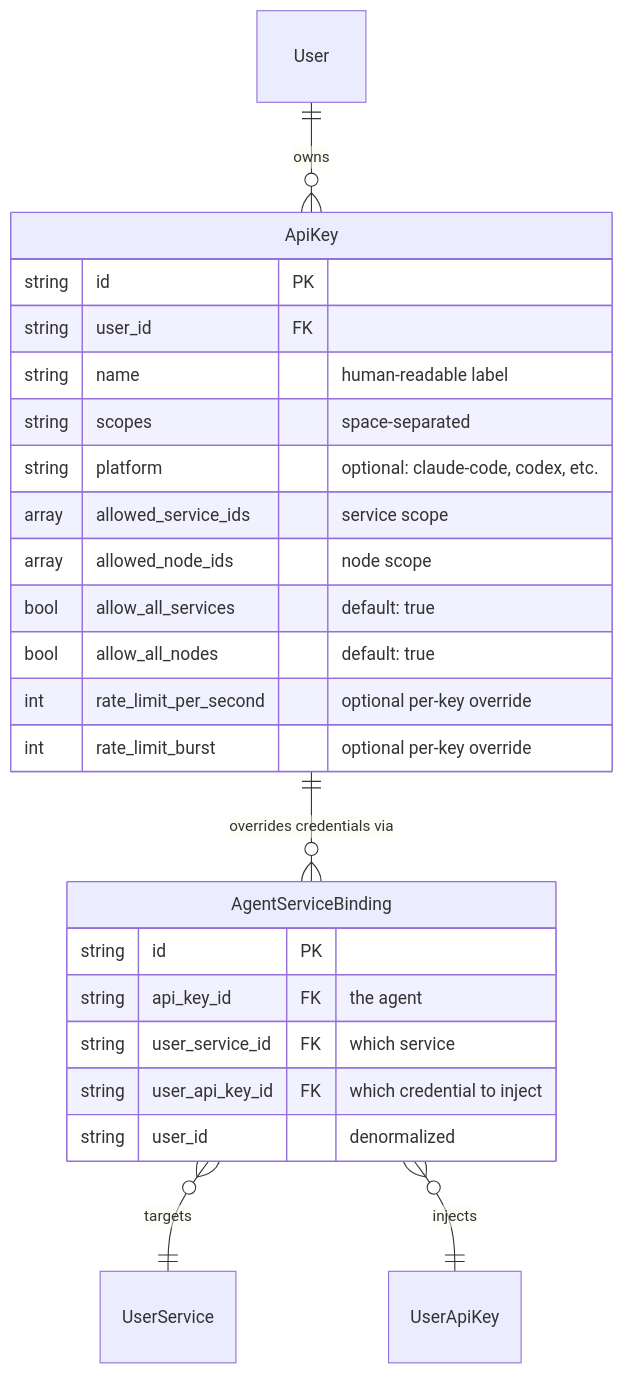
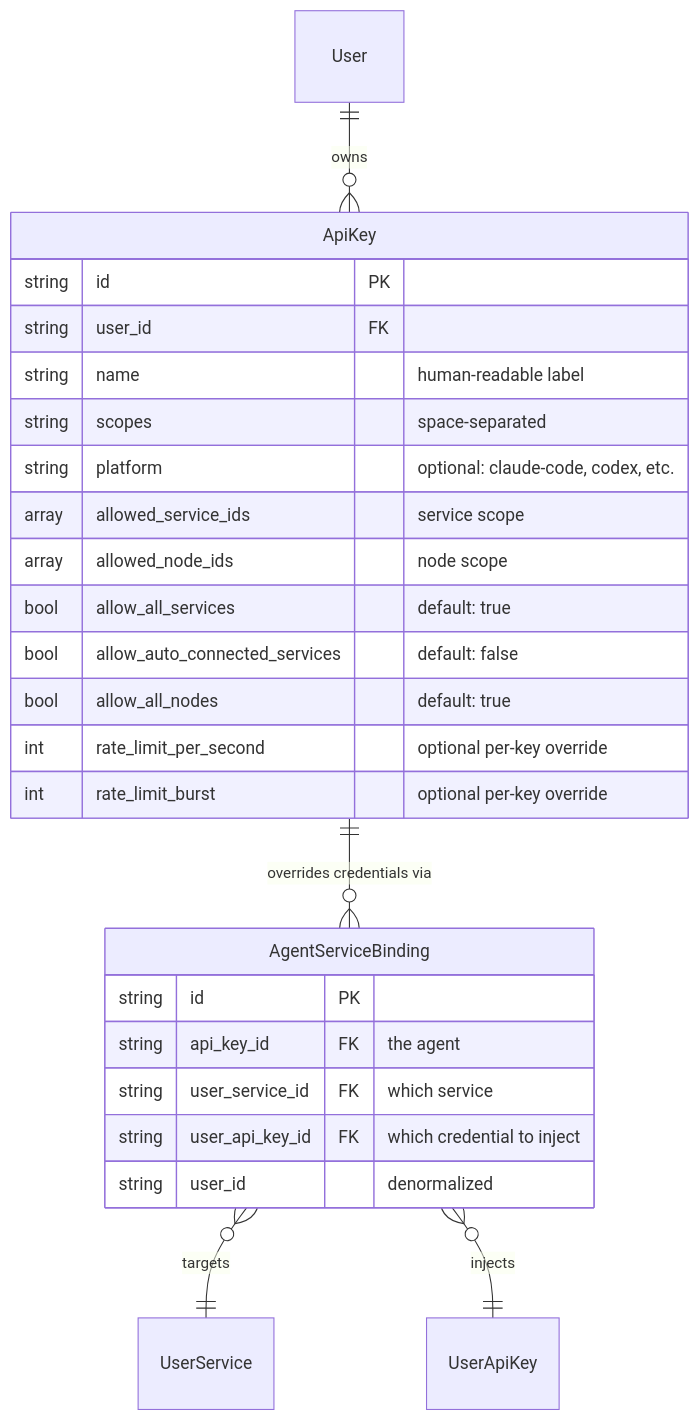
One commit to ChronoAIProject/NyxID changed the fourth of 7 diagrams in docs/AGENT_ISOLATION.md. Above: the diagram before and after it, drawn with Mermaid. The commit also changed other lines of this file and 104 other files, not shown here.

````diff
--- a/docs/AGENT_ISOLATION.md
+++ b/docs/AGENT_ISOLATION.md
@@ -109,29 +148,30 @@
 ```mermaid
 erDiagram
     User ||--o{ ApiKey : owns
     ApiKey ||--o{ AgentServiceBinding : "overrides credentials via"
     AgentServiceBinding }o--|| UserService : "targets"
     AgentServiceBinding }o--|| UserApiKey : "injects"
 
     ApiKey {
         string id PK
         string user_id FK
         string name "human-readable label"
         string scopes "space-separated"
         string platform "optional: claude-code, codex, etc."
         array allowed_service_ids "service scope"
         array allowed_node_ids "node scope"
         bool allow_all_services "default: true"
+        bool allow_auto_connected_services "default: false"
         bool allow_all_nodes "default: true"
         int rate_limit_per_second "optional per-key override"
         int rate_limit_burst "optional per-key override"
     }
 
     AgentServiceBinding {
         string id PK
         string api_key_id FK "the agent"
         string user_service_id FK "which service"
         string user_api_key_id FK "which credential to inject"
         string user_id "denormalized"
     }
 ```
````
